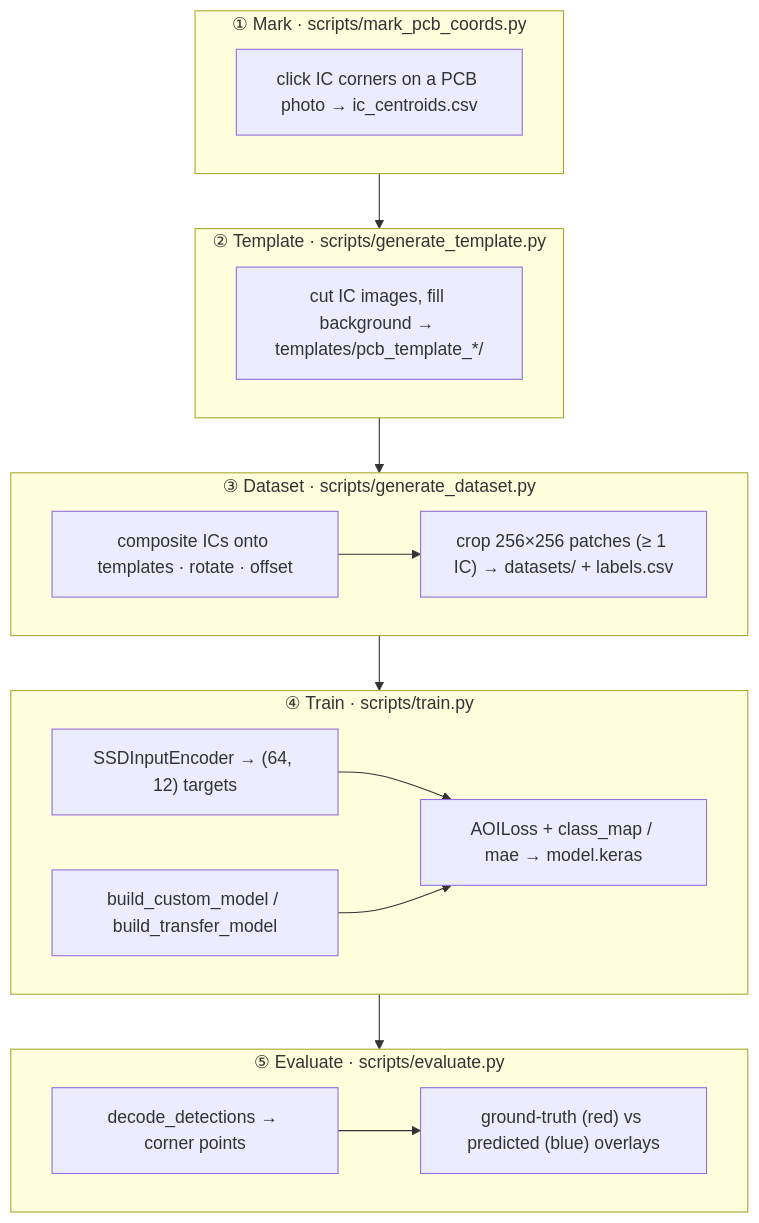
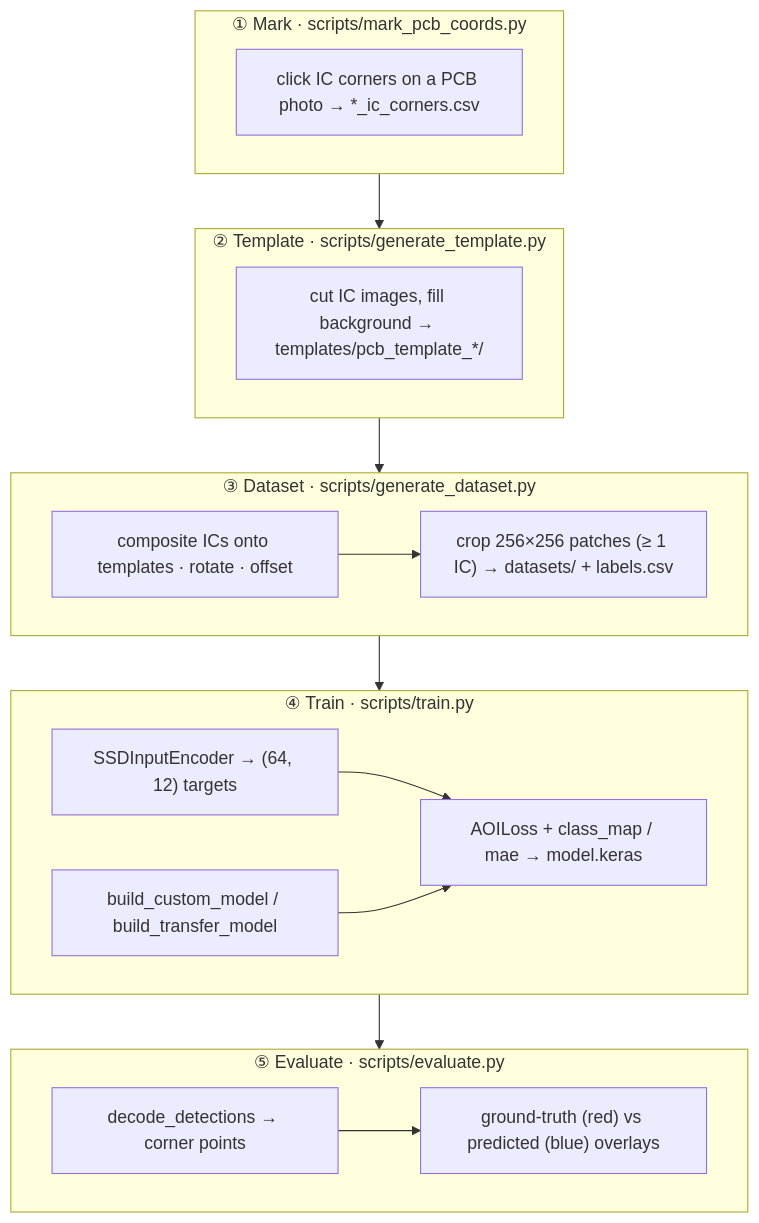
One commit to keremaras1/aoi-pcb-v2-object-detector changed the diagram in README.md. Above: the diagram before and after it, drawn with Mermaid. The commit also changed other lines of this file, not shown here.

````diff
--- a/README.md
+++ b/README.md
@@ -24,27 +24,27 @@
 ```mermaid
 flowchart TB
   subgraph mark["① Mark · scripts/mark_pcb_coords.py"]
-    M["click IC corners on a PCB photo → ic_centroids.csv"]
+    M["click IC corners on a PCB photo → *_ic_corners.csv"]
   end
   subgraph tmpl["② Template · scripts/generate_template.py"]
     T["cut IC images, fill background → templates/pcb_template_*/"]
   end
   subgraph data["③ Dataset · scripts/generate_dataset.py"]
     D1["composite ICs onto templates · rotate · offset"]
     D2["crop 256×256 patches (≥ 1 IC) → datasets/ + labels.csv"]
     D1 --> D2
   end
   subgraph train["④ Train · scripts/train.py"]
     TR1["SSDInputEncoder → (64, 12) targets"]
     TR2["build_custom_model / build_transfer_model"]
     TR3["AOILoss + class_map / mae → model.keras"]
     TR1 --> TR3
     TR2 --> TR3
   end
   subgraph eval["⑤ Evaluate · scripts/evaluate.py"]
     E1["decode_detections → corner points"]
     E2["ground-truth (red) vs predicted (blue) overlays"]
     E1 --> E2
   end
   mark --> tmpl --> data --> train --> eval
 ```
````
